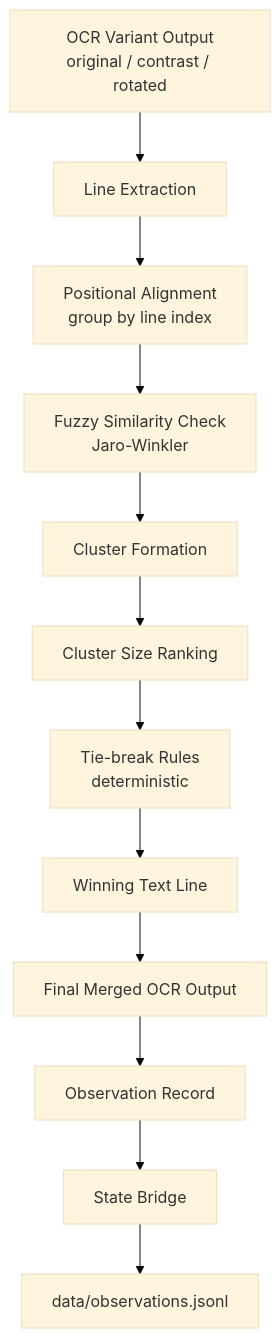
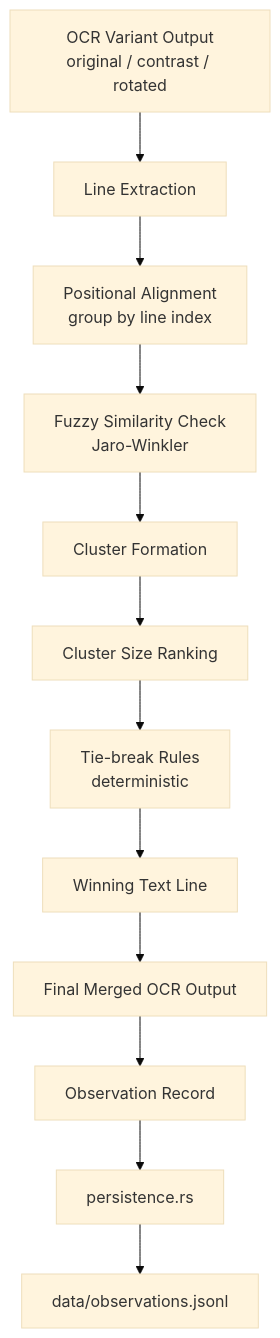
Before and after one commit to seismind/Optimo: the second of 2 diagrams in README.md, drawn with Mermaid (base theme). The commit also changed other lines of this file and 4 other files, not shown here.

Commit message:
docs: align mermaid and architecture docs with current module map

````diff
--- a/README.md
+++ b/README.md
@@ -127,27 +127,27 @@
 ```mermaid
 flowchart TD
 
 A[OCR Variant Output<br>original / contrast / rotated]
 
 A --> B[Line Extraction]
 
 B --> C[Positional Alignment<br>group by line index]
 
 C --> D[Fuzzy Similarity Check<br>Jaro-Winkler]
 
 D --> E[Cluster Formation]
 
 E --> F[Cluster Size Ranking]
 
 F --> G[Tie-break Rules<br>deterministic]
 
 G --> H[Winning Text Line]
 
 H --> I[Final Merged OCR Output]
 
 I --> J[Observation Record]
 
-J --> K[State Bridge]
+J --> K[persistence.rs]
 
 K --> L[data/observations.jsonl]
 ```
````
